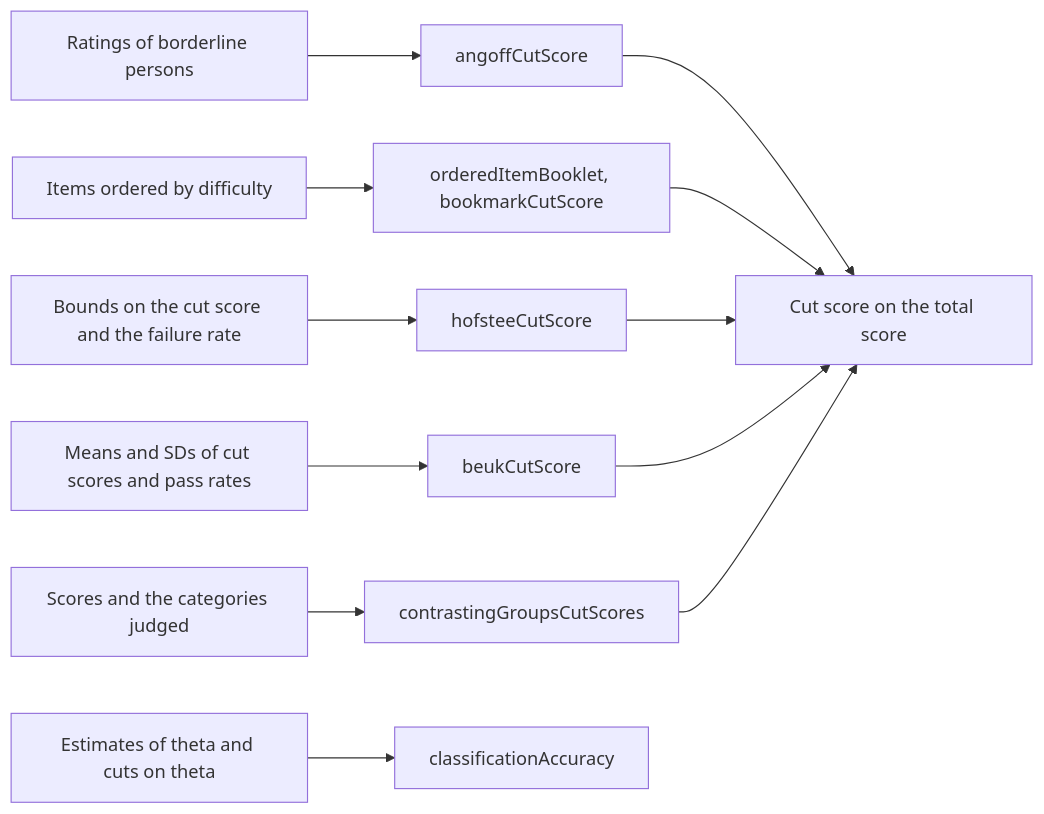
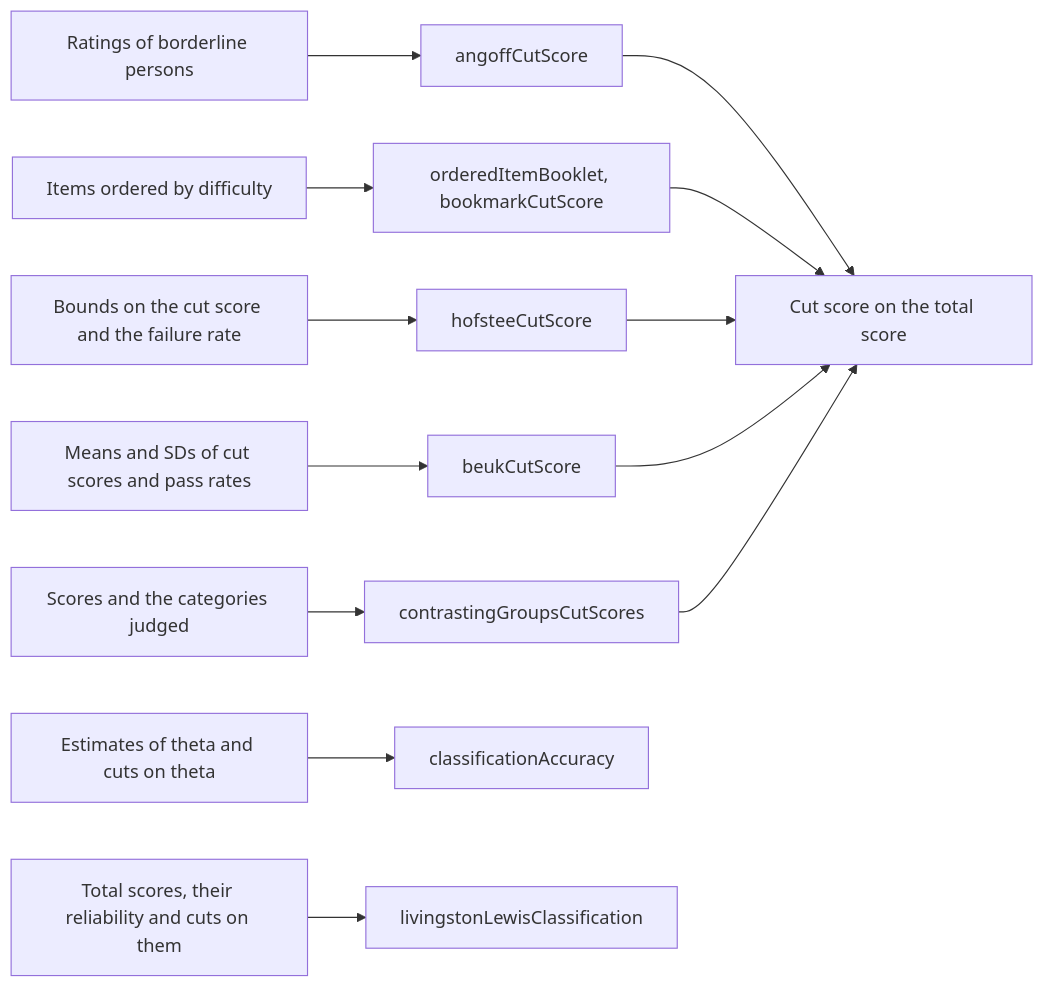
One commit to measurekit/measurekit changed the first of 2 diagrams in docs/psychometrics/standard-setting.md. Above: the diagram before and after it, drawn with Mermaid. The commit also changed other lines of this file and 14 other files, not shown here.

Commit message:
Add livingstonLewisClassification, Livingston and Lewis's accuracy and consistency of total scores by one or several cuts, against betafunctions and base R's integrals, with Lee's indices, compound multinomial and nonparametric classification under Not included

````diff
--- a/docs/psychometrics/standard-setting.md
+++ b/docs/psychometrics/standard-setting.md
@@ -9,14 +11,15 @@
 ```mermaid
 flowchart LR
   A["Ratings of borderline persons"] --> AC["angoffCutScore"]
   B["Items ordered by difficulty"] --> BC["orderedItemBooklet, bookmarkCutScore"]
   H["Bounds on the cut score and the failure rate"] --> HC["hofsteeCutScore"]
   K["Means and SDs of cut scores and pass rates"] --> KC["beukCutScore"]
   G["Scores and the categories judged"] --> GC["contrastingGroupsCutScores"]
   AC --> C["Cut score on the total score"]
   BC --> C
   HC --> C
   KC --> C
   GC --> C
   E["Estimates of theta and cuts on theta"] --> Q["classificationAccuracy"]
+  T["Total scores, their reliability and cuts on them"] --> L["livingstonLewisClassification"]
 ```
````
